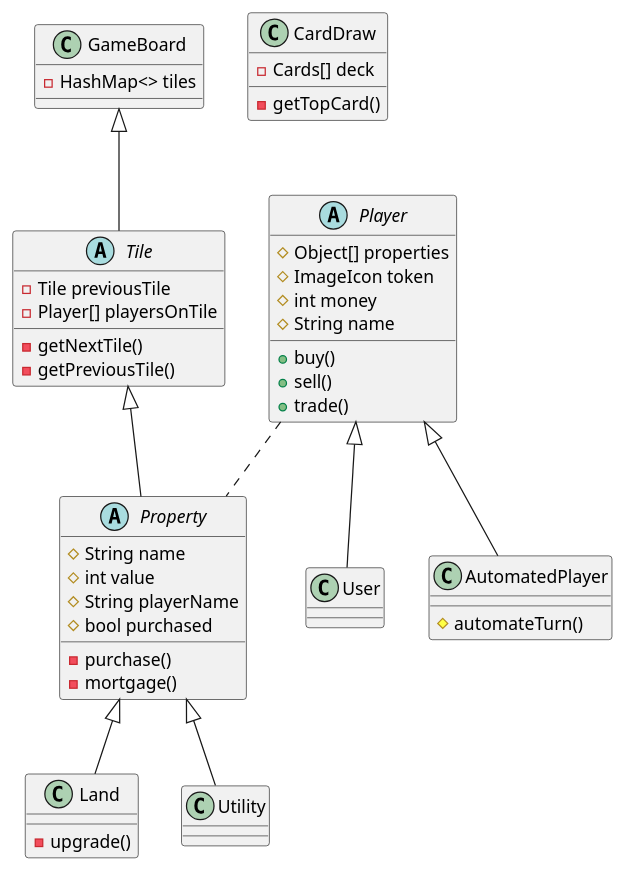
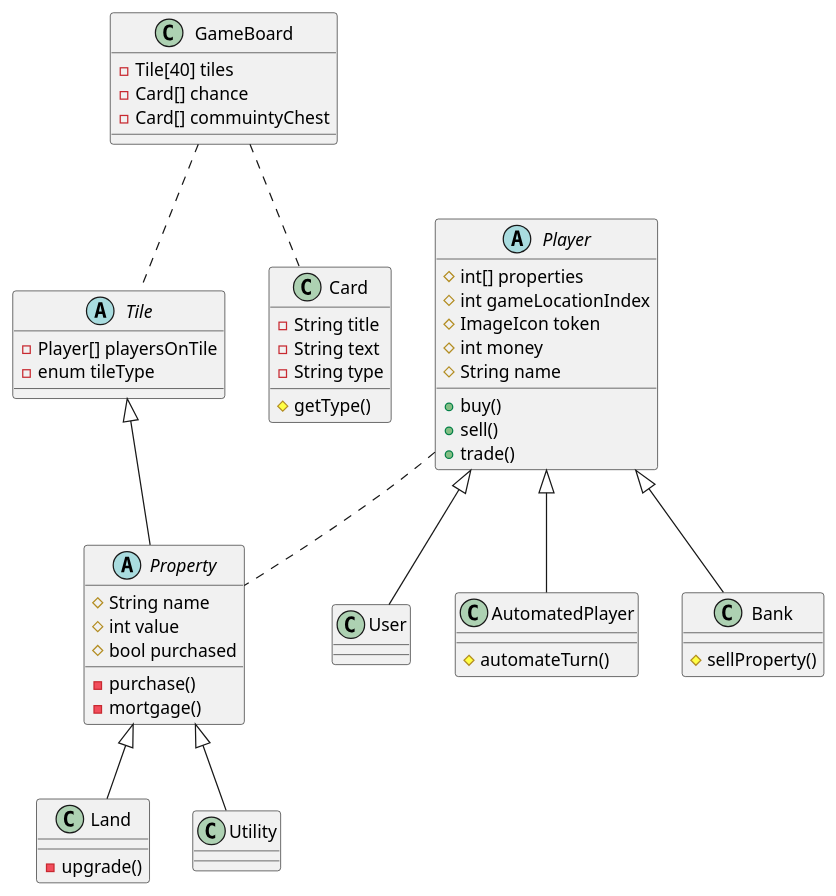
Before and after one commit to PopeMain/PropertyNMoney: the diagram in docs/Player.puml, drawn with PlantUML.

Commit message:
Made changes to the UML doc

```diff
--- a/docs/Player.puml
+++ b/docs/Player.puml
@@ -1,69 +1,78 @@
 @startuml
 'https://plantuml.com/class-diagram
 
 class GameBoard
 abstract class Tile
 abstract class Player
 abstract class Property
-class CardDraw
+class Card
 class User
 class AutomatedPlayer
 class Land
 class Utility
+class Bank
 
 Player <|-- User
 Player <|-- AutomatedPlayer
 Player .. Property
+Player <|-- Bank
 Property <|-- Land
 Property <|-- Utility
 
-GameBoard <|-- Tile
+GameBoard .. Tile
+GameBoard .. Card
 Tile <|-- Property
 
 class GameBoard{
--HashMap<> tiles
+-Tile[40] tiles
+-Card[] chance
+-Card[] commuintyChest
 }
 
 abstract class Tile{
--Tile previousTile
 -Player[] playersOnTile
--getNextTile()
--getPreviousTile()
+-enum tileType
 }
-class CardDraw{
--Cards[] deck
--getTopCard()
+class Card{
+-String title
+-String text
+-String type
+#getType()
 }
 abstract class Player {
-#Object[] properties
+#int[] properties
+#int gameLocationIndex
 #ImageIcon token
 #int money
 #String name
 +buy()
 +sell()
 +trade()
 }
 
 abstract class Property {
 #String name
 #int value
-#String playerName
 #bool purchased
 -purchase()
 -mortgage()
 }
 
 class User {
 }
 
 class AutomatedPlayer {
 #automateTurn()
 }
 
 class Land{
 -upgrade()
 }
 
 class Utility{
 }
+
+class Bank{
+#sellProperty()
+}
 @enduml
```
